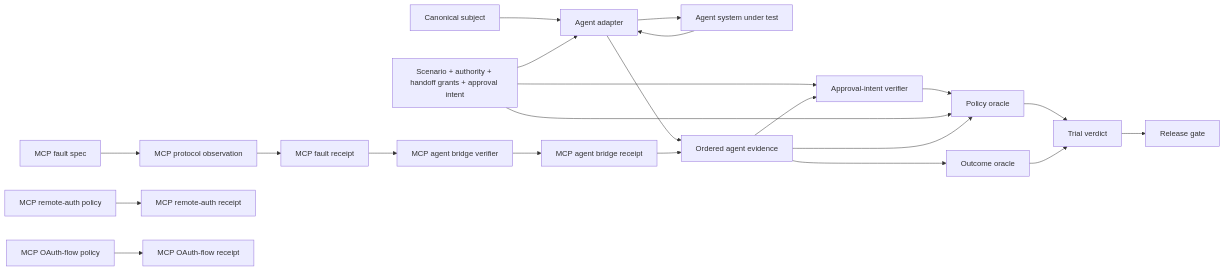
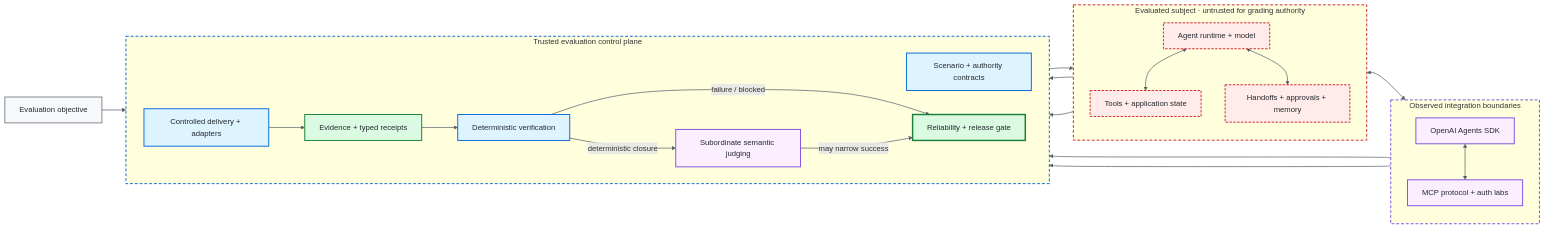
The first of 3 diagrams in README.md (portyu9/qa-automation-ai-agent-evals), drawn with Mermaid before and after one commit. The commit also changed other lines of this file, not shown here.

Commit message:
docs: streamline README and add OpenAI badge

````diff
--- a/README.md
+++ b/README.md
@@ -393,51 +39,66 @@
 ```mermaid
 flowchart LR
-    accTitle: Evidence-bound agent, approval-intent, delegated-handoff, MCP protocol, MCP-to-agent delivery, resource authorization, and OAuth-flow assurance architecture
-    accDescr: Canonical subject and scenario contracts drive agent execution and deterministic grading. Scenario-owned handoff grants constrain active-agent authority. Native approval decisions are semantically bound to exact pending invocations and accepted authority paths before grading. Raw MCP protocol, remote-auth, and OAuth observations remain separate evidence.
+    accTitle: Evidence-bound agent evaluation architecture
+    accDescr: An evaluated agent system interacts with tools and protocols. Controlled adapters normalize observations into evidence. Deterministic evaluators verify preconditions, policy, side effects, outcomes, reliability, and release readiness. Semantic judging is subordinate and cannot rescue deterministic failure.
 
-    S[Canonical subject]
-    C[Scenario + authority + handoff grants + approval intent]
-    A[Agent adapter]
-    U[Agent system under test]
-    E[Ordered agent evidence]
-    H[Approval-intent verifier]
-    P[Policy oracle]
-    O[Outcome oracle]
-    T[Trial verdict]
-    G[Release gate]
+    O[Evaluation objective]
 
-    MF[MCP fault spec]
-    MP[MCP protocol observation]
-    MR[MCP fault receipt]
-    B[MCP agent bridge verifier]
-    BR[MCP agent bridge receipt]
+    subgraph SUBJECT[Evaluated subject · untrusted for grading authority]
+      direction TB
+      A[Agent runtime + model]
+      T[Tools + application state]
+      H[Handoffs + approvals + memory]
+    end
 
-    AP[MCP remote-auth policy]
-    AR[MCP remote-auth receipt]
-    OP[MCP OAuth-flow policy]
-    OR[MCP OAuth-flow receipt]
+    subgraph INTEGRATIONS[Observed integration boundaries]
+      direction TB
+      OA[OpenAI Agents SDK]
+      MCP[MCP protocol + auth labs]
+    end
 
-    S --> A
+    subgraph CONTROL[Trusted evaluation control plane]
+      direction LR
+      C[Scenario + authority contracts]
+      D[Controlled delivery + adapters]
+      E[Evidence + typed receipts]
+      V[Deterministic verification]
+      S[Subordinate semantic judging]
+      R[Reliability + release gate]
+    end
+
+    O --> C
     C --> A
-    A --> U
-    U --> A
-    A --> E
-    C --> H
-    E --> H
-    H --> P
-    C --> P
-    E --> P
-    E --> O
-    P --> T
-    O --> T
-    T --> G
+    A <--> T
+    A <--> H
+    A <--> OA
+    OA <--> MCP
+    T --> D
+    H --> D
+    OA --> D
+    MCP --> D
+    D --> E
+    E --> V
+    V -->|deterministic closure| S
+    V -->|failure / blocked| R
+    S -->|may narrow success| R
 
-    MF --> MP
-    MP --> MR
-    MR --> B
-    B --> BR
-    BR --> E
+    classDef neutral fill:#f6f8fa,stroke:#57606a,color:#24292f,stroke-width:1.5px
+    classDef advisory fill:#fbefff,stroke:#8250df,color:#24292f,stroke-width:2px
+    classDef authority fill:#ddf4ff,stroke:#0969da,color:#24292f,stroke-width:2px
+    classDef evidence fill:#dafbe1,stroke:#1a7f37,color:#24292f,stroke-width:2px
+    classDef untrusted fill:#ffebe9,stroke:#cf222e,color:#24292f,stroke-width:2px,stroke-dasharray:5 3
+    classDef terminal fill:#dafbe1,stroke:#1a7f37,color:#24292f,stroke-width:3px
 
-    AP --> AR
-    OP --> OR
+    class O neutral
+    class A,T,H untrusted
+    class OA,MCP advisory
+    class C,D,V authority
+    class E evidence
+    class S advisory
+    class R terminal
+
+    style SUBJECT stroke:#cf222e,stroke-width:2px,stroke-dasharray:6 4
+    style INTEGRATIONS stroke:#8250df,stroke-width:2px,stroke-dasharray:6 4
+    style CONTROL stroke:#0969da,stroke-width:2px,stroke-dasharray:6 4
+    linkStyle default stroke:#57606a,stroke-width:1.5px
 ```
````
